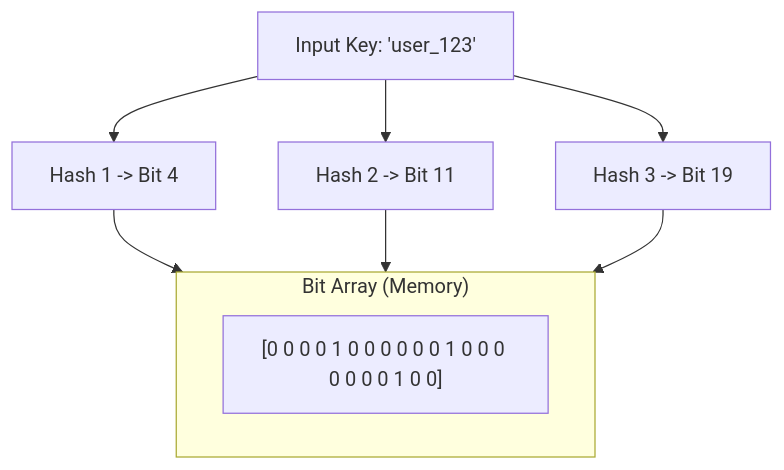
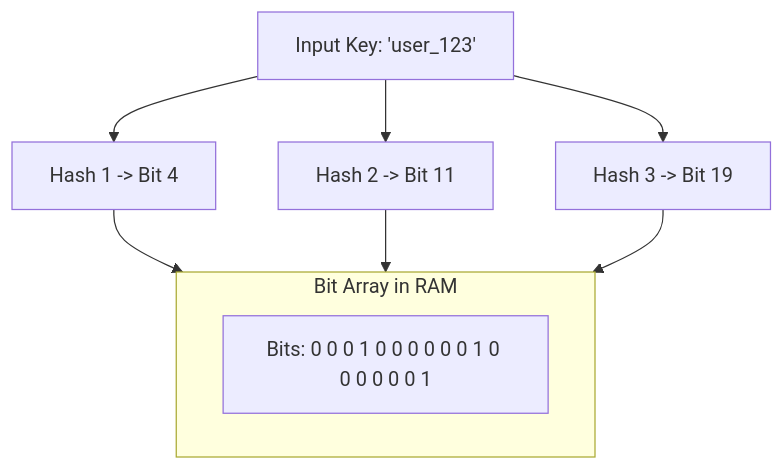
Before and after one commit to Sourav108/strivers-lld: the fifth of 5 diagrams in strivers-hld/07-Data-Partitioning-and-Consistent-Hashing/README.md, drawn with Mermaid. The commit also changed other lines of this file and 39 other files, not shown here.

Commit message:
fix(mermaid): wrap node labels, simplify diamonds, and reformat wide diagrams for perfect GitHub rendering

````diff
--- a/strivers-hld/07-Data-Partitioning-and-Consistent-Hashing/README.md
+++ b/strivers-hld/07-Data-Partitioning-and-Consistent-Hashing/README.md
@@ -89,12 +95,12 @@
 ```mermaid
 flowchart TD
     Key["Input Key: 'user_123'"] --> H1["Hash 1 -> Bit 4"]
     Key --> H2["Hash 2 -> Bit 11"]
     Key --> H3["Hash 3 -> Bit 19"]
 
-    subgraph BitArray["Bit Array (Memory)"]
-        B["[0 0 0 0 1 0 0 0 0 0 0 1 0 0 0 0 0 0 0 1 0 0]"]
+    subgraph BitArray["Bit Array in RAM"]
+        B["Bits: 0 0 0 1 0 0 0 0 0 0 1 0 0 0 0 0 0 1"]
     end
 
     H1 & H2 & H3 --> BitArray
 ```
````
